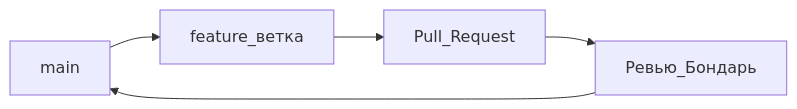
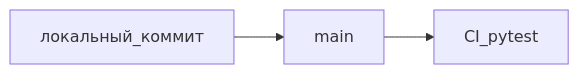
The second of 2 diagrams in docs/process.md (AndB0ndar/corplunch), drawn with Mermaid before and after one commit. The commit also changed other lines of this file and 5 other files, not shown here.

````diff
--- a/docs/process.md
+++ b/docs/process.md
@@ -100,8 +102,7 @@
 ```mermaid
 flowchart LR
+  Local[локальный_коммит]
   Main[main]
-  Feat[feature_ветка]
-  PR[Pull_Request]
-  Review[Ревью_Бондарь]
-  Main --> Feat --> PR --> Review --> Main
+  Ci[CI_pytest]
+  Local --> Main --> Ci
 ```
````
